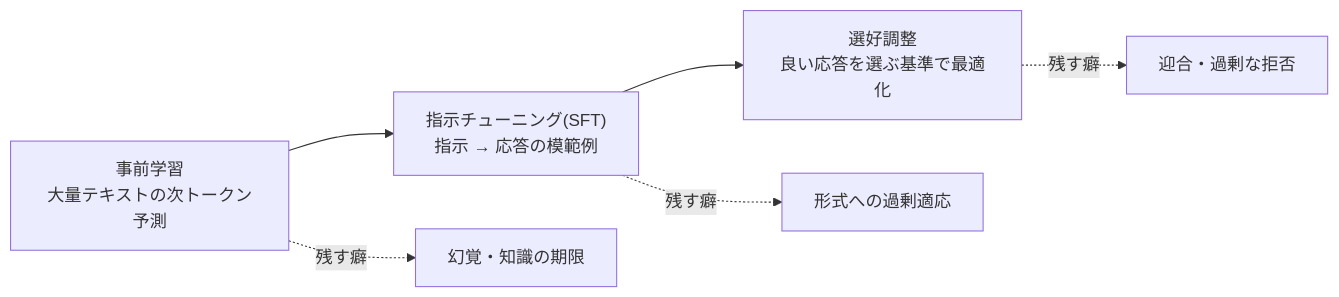
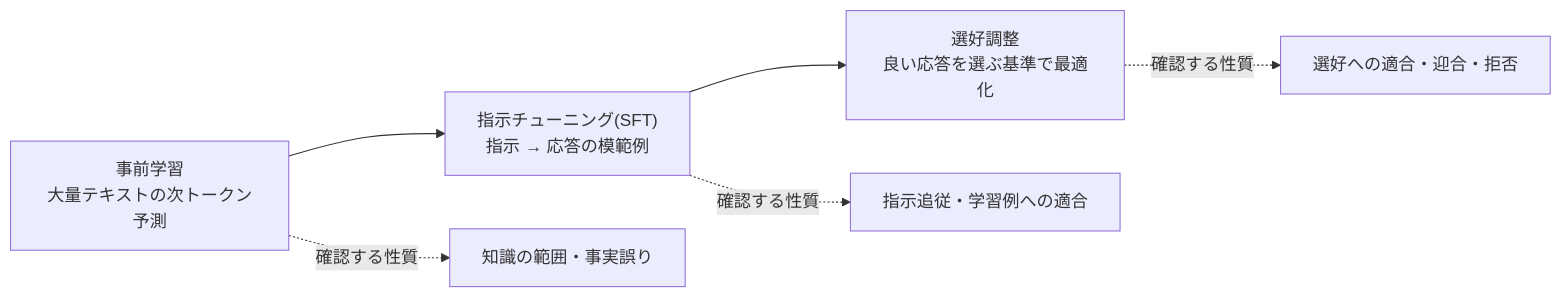
The diagram in docs/10-llm-foundations/llm-training-pipeline.md (pero3dev/ai-agent-library), drawn with Mermaid before and after one commit. The commit also changed other lines of this file and 147 other files, not shown here.

````diff
--- a/docs/10-llm-foundations/llm-training-pipeline.md
+++ b/docs/10-llm-foundations/llm-training-pipeline.md
@@ -31,8 +31,8 @@
 ```mermaid
 flowchart LR
     P["事前学習<br/>大量テキストの次トークン予測"] --> S["指示チューニング(SFT)<br/>指示 → 応答の模範例"]
     S --> R["選好調整<br/>良い応答を選ぶ基準で最適化"]
-    P -.->|残す癖| H["幻覚・知識の期限"]
-    S -.->|残す癖| F["形式への過剰適応"]
-    R -.->|残す癖| Y["迎合・過剰な拒否"]
+    P -.->|確認する性質| H["知識の範囲・事実誤り"]
+    S -.->|確認する性質| F["指示追従・学習例への適合"]
+    R -.->|確認する性質| Y["選好への適合・迎合・拒否"]
 ```
````
